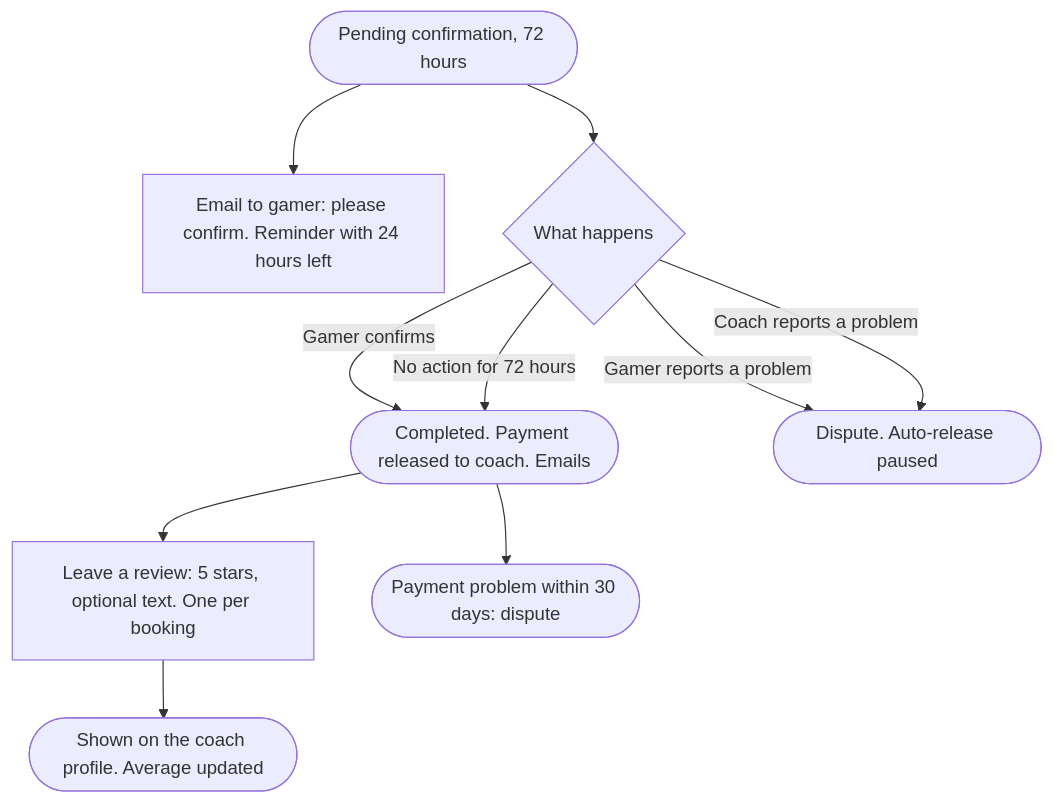
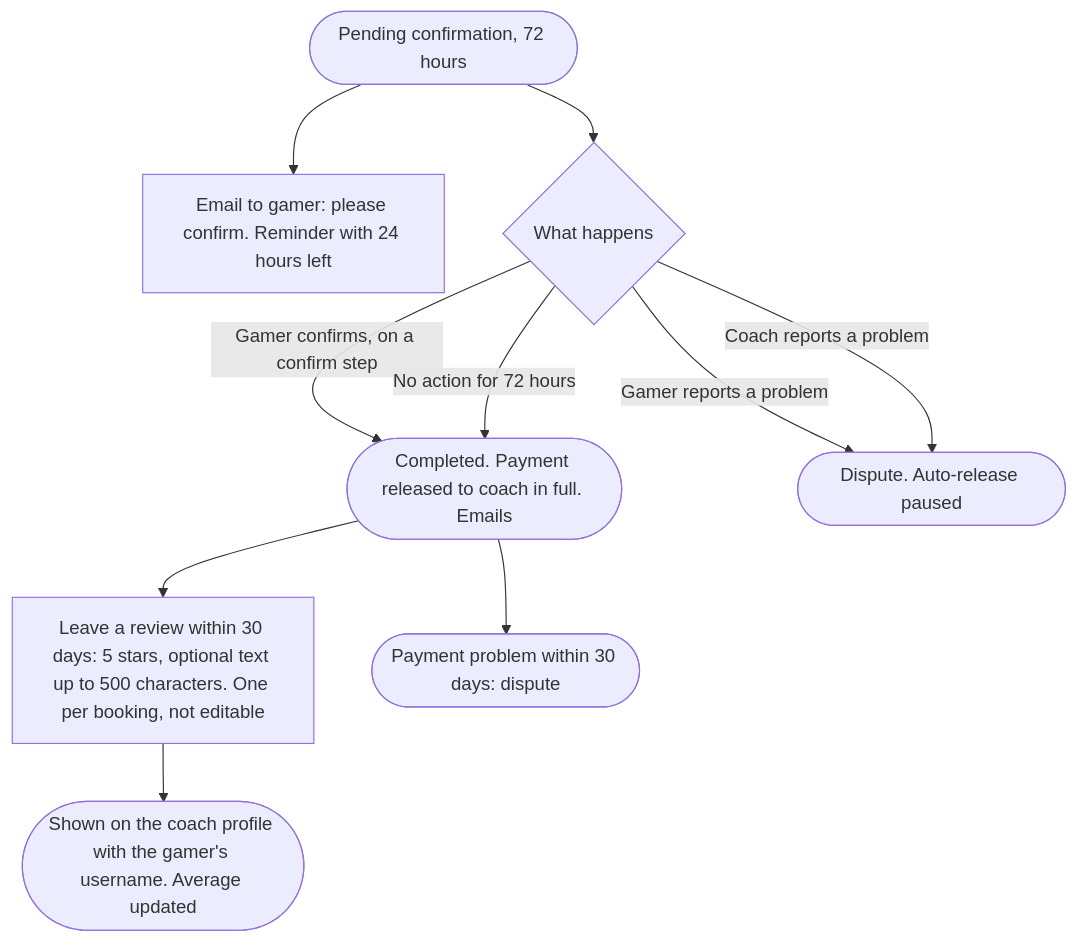
One commit to ILoveWaterSm/Harbourly-Waitlist-2.0 changed the sixth of 13 diagrams in design/USER-FLOW.md. Above: the diagram before and after it, drawn with Mermaid. The commit also changed other lines of this file and 4 other files, not shown here.

First line of the commit message:
Phase 2 decisions: live session, session detail, disputes; flow diagrams 4 to 7 and build order updated

````diff
--- a/design/USER-FLOW.md
+++ b/design/USER-FLOW.md
@@ -192,12 +194,12 @@
 ```mermaid
 flowchart TD
   Ended(["Pending confirmation, 72 hours"]) --> Emails["Email to gamer: please confirm. Reminder with 24 hours left"]
   Ended --> GamerAct{"What happens"}
-  GamerAct -->|"Gamer confirms"| Done
-  GamerAct -->|"No action for 72 hours"| Done(["Completed. Payment released to coach. Emails"])
+  GamerAct -->|"Gamer confirms, on a confirm step"| Done
+  GamerAct -->|"No action for 72 hours"| Done(["Completed. Payment released to coach in full. Emails"])
   GamerAct -->|"Gamer reports a problem"| Dispute(["Dispute. Auto-release paused"])
   GamerAct -->|"Coach reports a problem"| Dispute
-  Done --> Review["Leave a review: 5 stars, optional text. One per booking"]
-  Review --> Shown(["Shown on the coach profile. Average updated"])
+  Done --> Review["Leave a review within 30 days: 5 stars, optional text up to 500 characters. One per booking, not editable"]
+  Review --> Shown(["Shown on the coach profile with the gamer's username. Average updated"])
   Done --> Later(["Payment problem within 30 days: dispute"])
 ```
````
